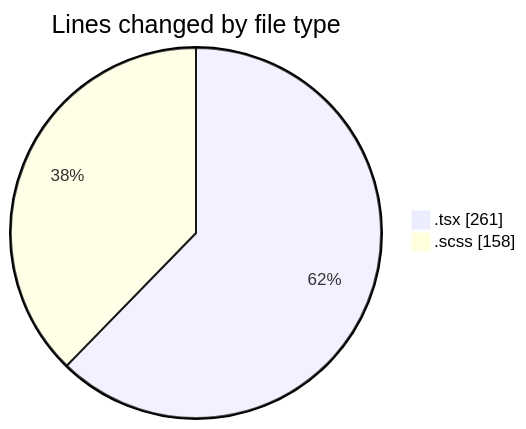
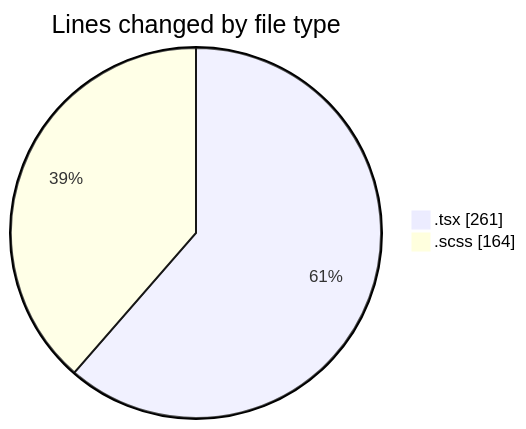
Before and after one commit to momahboobian/code-tracking: the first of 2 diagrams in 2026-04-10/cda/README.md, drawn with Mermaid. The commit also changed other lines of this file and 1 other file, not shown here.

````diff
--- a/2026-04-10/cda/README.md
+++ b/2026-04-10/cda/README.md
@@ -22,6 +22,6 @@
 ```mermaid
 pie showData
 title Lines changed by file type
 ".tsx" : 261
-".scss" : 158
+".scss" : 164
 ```
````
